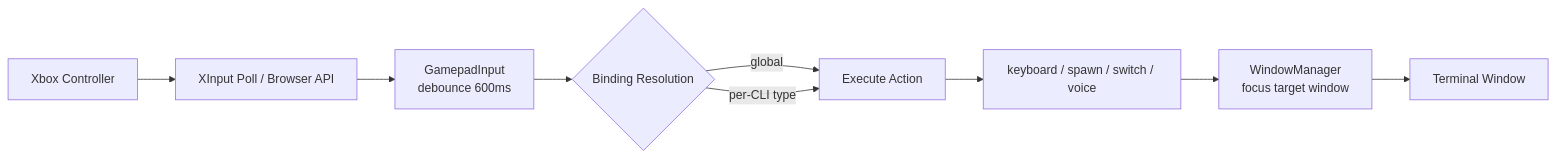
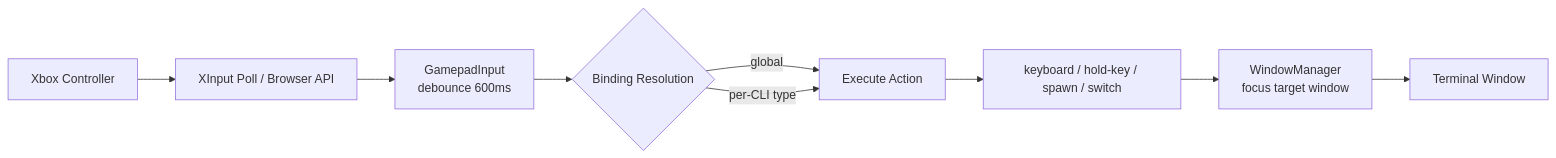
Before and after one commit to PetePeter/gamepad-cli-hub: the second of 3 diagrams in .github/copilot-instructions.md, drawn with Mermaid. The commit also changed other lines of this file and 2 other files, not shown here.

````diff
--- a/.github/copilot-instructions.md
+++ b/.github/copilot-instructions.md
@@ -61,11 +64,11 @@
 ```mermaid
 flowchart LR
     A[Xbox Controller] --> B[XInput Poll / Browser API]
     B --> C[GamepadInput<br/>debounce 600ms]
     C --> D{Binding Resolution}
     D -->|global| E[Execute Action]
     D -->|per-CLI type| E
-    E --> F[keyboard / spawn / switch / voice]
+    E --> F[keyboard / hold-key / spawn / switch]
     F --> G[WindowManager<br/>focus target window]
     G --> H[Terminal Window]
 ```
````
